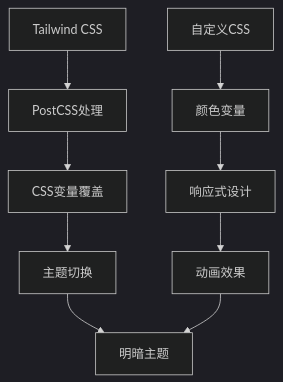
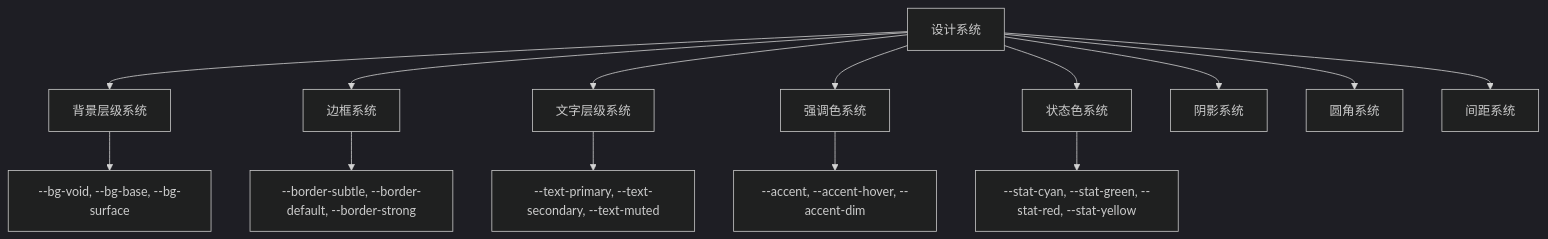
The ninth of 15 diagrams in .qoder/repowiki/zh/content/前端开发/Next.js应用架构.md (sansansansansan2022-web/hotclaw), drawn with Mermaid (dark theme) before and after one commit. The commit also changed other lines of this file and 860 other files, not shown here.

````diff
--- a/.qoder/repowiki/zh/content/前端开发/Next.js应用架构.md
+++ b/.qoder/repowiki/zh/content/前端开发/Next.js应用架构.md
@@ -326,11 +325,16 @@
 ```mermaid
 graph TB
-A[Tailwind CSS] --> B[PostCSS处理]
-B --> C[CSS变量覆盖]
-C --> D[主题切换]
-E[自定义CSS] --> F[颜色变量]
-F --> G[响应式设计]
-G --> H[动画效果]
-D --> I[明暗主题]
-H --> I
+A[设计系统] --> B[背景层级系统]
+A --> C[边框系统]
+A --> D[文字层级系统]
+A --> E[强调色系统]
+A --> F[状态色系统]
+A --> G[阴影系统]
+A --> H[圆角系统]
+A --> I[间距系统]
+B --> J[--bg-void, --bg-base, --bg-surface]
+C --> K[--border-subtle, --border-default, --border-strong]
+D --> L[--text-primary, --text-secondary, --text-muted]
+E --> M[--accent, --accent-hover, --accent-dim]
+F --> N[--stat-cyan, --stat-green, --stat-red, --stat-yellow]
 ```
````
